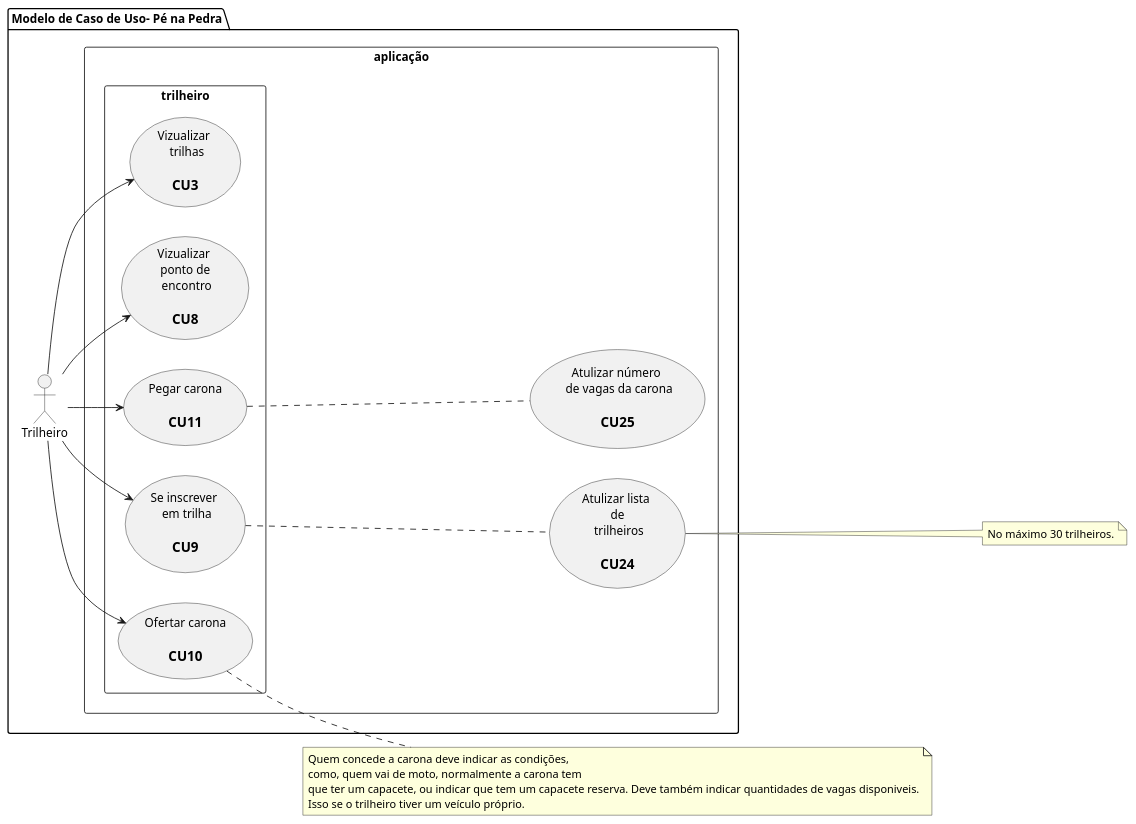
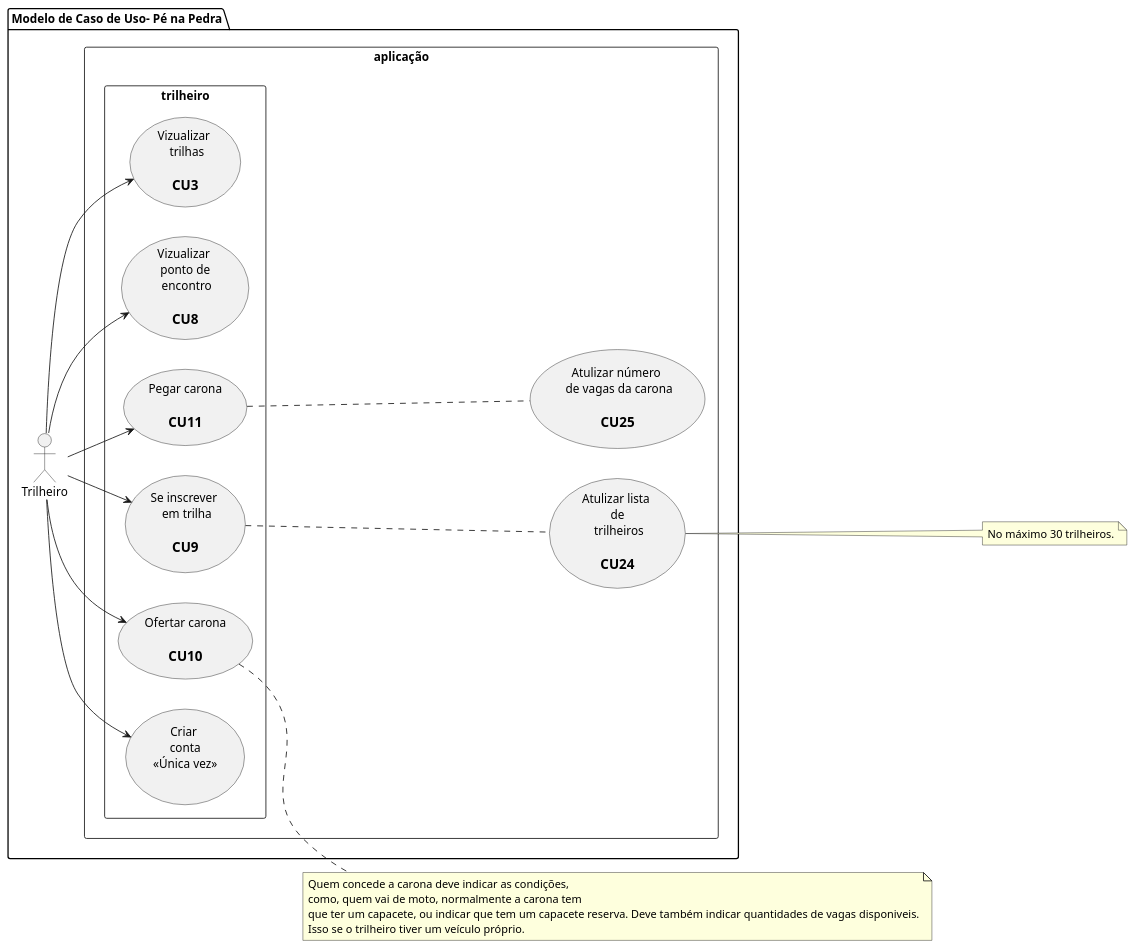
One commit to tiagors09/pe_na_pedra changed the diagram in docs/diagrams/src/pe_na_pedra_usecase_6.plantuml. Above: the diagram before and after it, drawn with PlantUML.

Commit message:
feat: :sparkles: add create account to usecase

```diff
--- a/docs/diagrams/src/pe_na_pedra_usecase_6.plantuml
+++ b/docs/diagrams/src/pe_na_pedra_usecase_6.plantuml
@@ -1,48 +1,50 @@
 @startuml pe_na_pedra_usecase_6
   left to right direction
 
   package "Modelo de Caso de Uso- Pé na Pedra" {
     :Trilheiro: as tr
 
     rectangle aplicação {
       usecase uc24 as "Atulizar lista \n de \n trilheiros\n 
         == CU24"
 
       usecase uc25 as "Atulizar número \n de vagas da carona\n 
         == CU25"
 
       rectangle trilheiro {
         usecase uc3 as "Vizualizar \n trilhas\n 
           == CU3"
         usecase uc8 as "Vizualizar \n ponto de \n encontro\n 
           == CU8"
         usecase uc9 as "Se inscrever \n em trilha\n 
           == CU9"
         usecase uc10 as "Ofertar carona\n 
           == CU10"
         usecase uc11 as "Pegar carona\n 
           == CU11"
+        usecase uc31 as "Criar \n conta \n <<Única vez>> \n"
       }
     }
   }
 
   note right of uc10 
     Quem concede a carona deve indicar as condições,
     como, quem vai de moto, normalmente a carona tem
     que ter um capacete, ou indicar que tem um capacete reserva. Deve também indicar quantidades de vagas disponiveis.
     Isso se o trilheiro tiver um veículo próprio.
   end note
 
   note right of uc24
       No máximo 30 trilheiros.
     end note
 
   uc9 .. uc24
   uc11 .. uc25
 
   tr --> uc3
   tr --> uc8
   tr --> uc9
   tr --> uc10
   tr --> uc11
+  tr --> uc31
 @enduml
```
